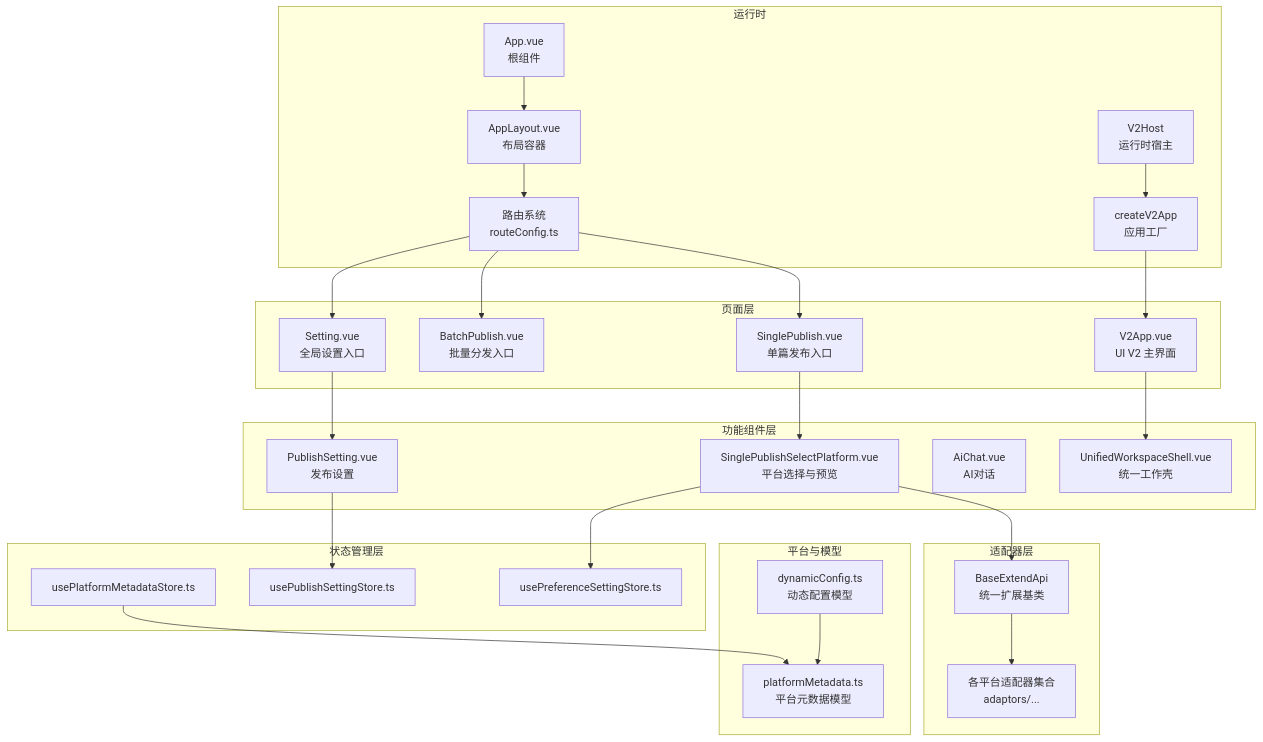
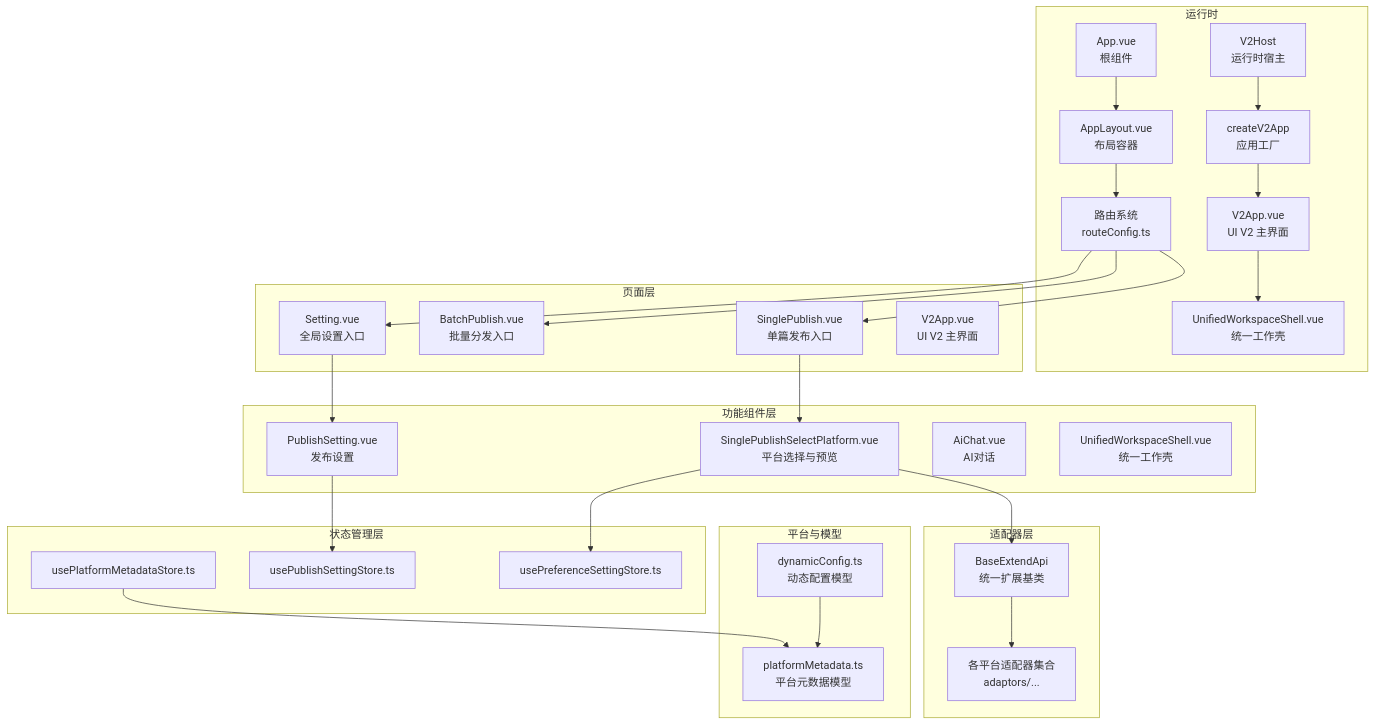
The first of 12 diagrams in .qoder/repowiki/zh/content/核心架构/核心架构.md (terwer/siyuan-plugin-publisher), drawn with Mermaid before and after one commit. The commit also changed other lines of this file and 9 other files, not shown here.

First line of the commit message:
feat(v2): implement initial V2 UI foundation and unified workspace shell

````diff
--- a/.qoder/repowiki/zh/content/核心架构/核心架构.md
+++ b/.qoder/repowiki/zh/content/核心架构/核心架构.md
@@ -57,46 +60,48 @@
 ```mermaid
 graph TB
 subgraph "运行时"
 A["App.vue<br/>根组件"]
 B["AppLayout.vue<br/>布局容器"]
 C["路由系统<br/>routeConfig.ts"]
 D["V2Host<br/>运行时宿主"]
 E["createV2App<br/>应用工厂"]
+F["V2App.vue<br/>UI V2 主界面"]
+G["UnifiedWorkspaceShell.vue<br/>统一工作壳"]
 end
 subgraph "页面层"
 P1["SinglePublish.vue<br/>单篇发布入口"]
 P2["BatchPublish.vue<br/>批量分发入口"]
 P3["Setting.vue<br/>全局设置入口"]
 V2["V2App.vue<br/>UI V2 主界面"]
 end
 subgraph "功能组件层"
 F1["SinglePublishSelectPlatform.vue<br/>平台选择与预览"]
 F2["PublishSetting.vue<br/>发布设置"]
 F3["AiChat.vue<br/>AI对话"]
 UWS["UnifiedWorkspaceShell.vue<br/>统一工作壳"]
 end
 subgraph "适配器层"
 X1["BaseExtendApi<br/>统一扩展基类"]
 X2["各平台适配器集合<br/>adaptors/..."]
 end
 subgraph "状态管理层"
 S1["usePlatformMetadataStore.ts"]
 S2["usePublishSettingStore.ts"]
 S3["usePreferenceSettingStore.ts"]
 end
 subgraph "平台与模型"
 M1["dynamicConfig.ts<br/>动态配置模型"]
 M2["platformMetadata.ts<br/>平台元数据模型"]
 end
 A --> B --> C
-D --> E --> V2 --> UWS
+D --> E --> F --> G
 C --> P1 & P2 & P3
 P1 --> F1
 P3 --> F2
 F1 --> X1
 X1 --> X2
 F2 --> S2
 F1 --> S3
 S1 --> M2
 M1 --> M2
 ```
````
